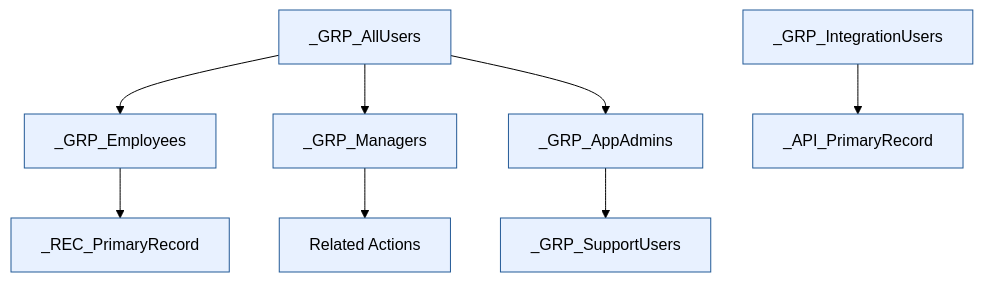
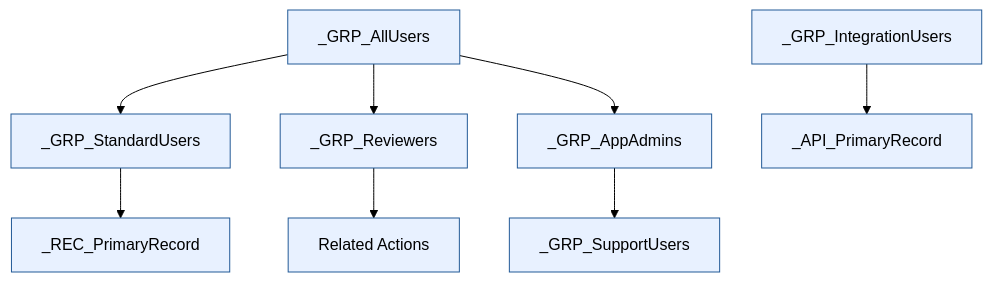
The sixth of 7 diagrams in docs/appian-26-4/templates/ARCHITECTURE_DOCUMENT_TEMPLATE.md (ankitBhaskar/appianTestCode), drawn with Mermaid (forest theme) before and after one commit. The commit also changed other lines of this file, not shown here.

Commit message:
Remove LSC examples from architecture template

````diff
--- a/docs/appian-26-4/templates/ARCHITECTURE_DOCUMENT_TEMPLATE.md
+++ b/docs/appian-26-4/templates/ARCHITECTURE_DOCUMENT_TEMPLATE.md
@@ -578,11 +439,11 @@
 ```mermaid
 flowchart TB
-  AllUsers["<PREFIX>_GRP_AllUsers"]:::appian --> Employees["<PREFIX>_GRP_Employees"]:::appian
-  AllUsers --> Managers["<PREFIX>_GRP_Managers"]:::appian
+  AllUsers["<PREFIX>_GRP_AllUsers"]:::appian --> StandardUsers["<PREFIX>_GRP_StandardUsers"]:::appian
+  AllUsers --> Reviewers["<PREFIX>_GRP_Reviewers"]:::appian
   AllUsers --> Admins["<PREFIX>_GRP_AppAdmins"]:::appian
   Admins --> Support["<PREFIX>_GRP_SupportUsers"]:::appian
   IntegrationUsers["<PREFIX>_GRP_IntegrationUsers"]:::appian --> WebAPI["<PREFIX>_API_PrimaryRecord"]:::appian
-  Managers --> Action["<PREFIX> Related Actions"]:::appian
-  Employees --> Record["<PREFIX>_REC_PrimaryRecord"]:::appian
+  Reviewers --> Action["<PREFIX> Related Actions"]:::appian
+  StandardUsers --> Record["<PREFIX>_REC_PrimaryRecord"]:::appian
   classDef appian fill:#e8f1ff,stroke:#235a97,stroke-width:1px
 ```
````
